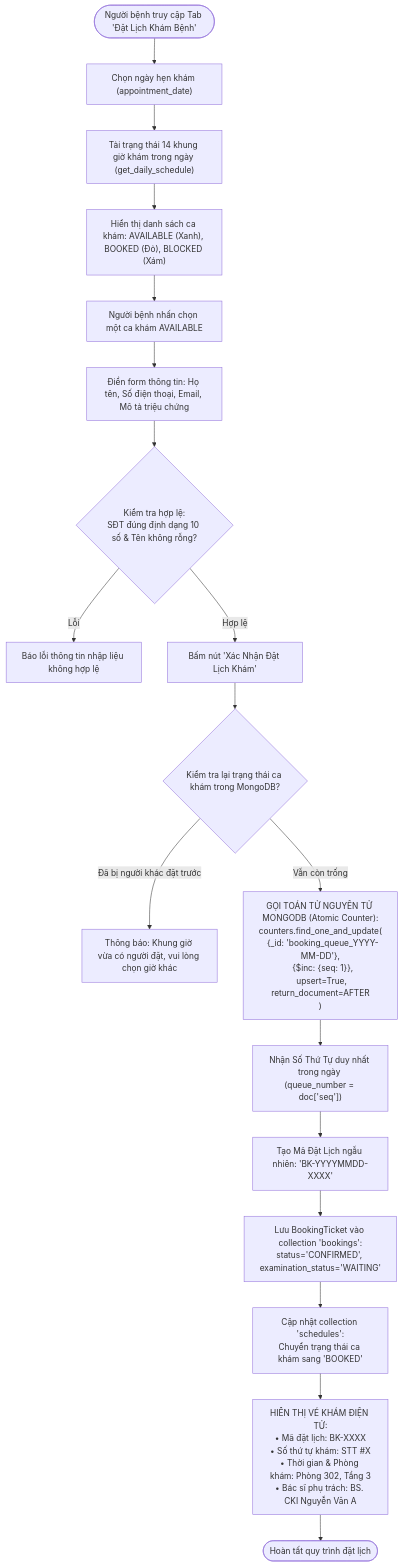
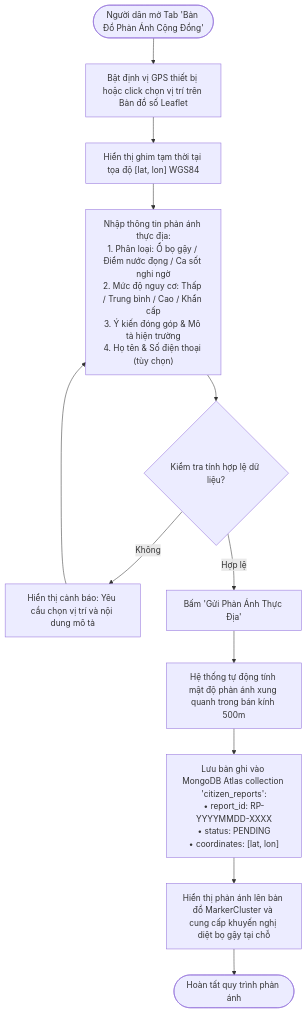
Before and after one commit to VanderSpeare/dengue-prediction: the tenth of 26 diagrams in README.md, drawn with Mermaid. The commit also changed other lines of this file and 25 other files, not shown here.

````diff
--- a/README.md
+++ b/README.md
@@ -905,29 +610,14 @@
 ```mermaid
 flowchart TD
-    StartBook(["Người bệnh truy cập Tab 'Đặt Lịch Khám Bệnh'"]) --> SelectDate["Chọn ngày hẹn khám (appointment_date)"]
-    
-    SelectDate --> FetchSlots["Tải trạng thái 14 khung giờ khám trong ngày (get_daily_schedule)"]
-    FetchSlots --> RenderSlots["Hiển thị danh sách ca khám: AVAILABLE (Xanh), BOOKED (Đỏ), BLOCKED (Xám)"]
-    
-    RenderSlots --> PickSlot["Người bệnh nhấn chọn một ca khám AVAILABLE"]
-    PickSlot --> FillForm["Điền form thông tin: Họ tên, Số điện thoại, Email, Mô tả triệu chứng"]
-    
-    FillForm --> ValidateForm{"Kiểm tra hợp lệ:<br/>SĐT đúng định dạng 10 số & Tên không rỗng?"}
-    ValidateForm -- "Lỗi" --> ShowErr["Báo lỗi thông tin nhập liệu không hợp lệ"]
-    ValidateForm -- "Hợp lệ" --> ClickConfirm["Bấm nút 'Xác Nhận Đặt Lịch Khám'"]
-    
-    ClickConfirm --> CheckSlotAgain{"Kiểm tra lại trạng thái ca khám trong MongoDB?"}
-    CheckSlotAgain -- "Đã bị người khác đặt trước" --> SlotBusyErr["Thông báo: Khung giờ vừa có người đặt, vui lòng chọn giờ khác"]
-    
-    CheckSlotAgain -- "Vẫn còn trống" --> AtomicSTT["GỌI TOÁN TỬ NGUYÊN TỬ MONGODB (Atomic Counter):<br/>counters.find_one_and_update(<br/>  {_id: 'booking_queue_YYYY-MM-DD'},<br/>  {$inc: {seq: 1}},<br/>  upsert=True, return_document=AFTER<br/>)"]
-    
-    AtomicSTT --> GetSeq["Nhận Số Thứ Tự duy nhất trong ngày (queue_number = doc['seq'])"]
-    GetSeq --> GenCode["Tạo Mã Đặt Lịch ngẫu nhiên: 'BK-YYYYMMDD-XXXX'"]
-    
-    GenCode --> SaveDoc["Lưu BookingTicket vào collection 'bookings':<br/>status='CONFIRMED', examination_status='WAITING'"]
-    SaveDoc --> LockSlot["Cập nhật collection 'schedules':<br/>Chuyển trạng thái ca khám sang 'BOOKED'"]
-    
-    LockSlot --> ShowTicket["HIỂN THỊ VÉ KHÁM ĐIỆN TỬ:<br/>• Mã đặt lịch: BK-XXXX<br/>• Số thứ tự khám: STT #X<br/>• Thời gian & Phòng khám: Phòng 302, Tầng 3<br/>• Bác sĩ phụ trách: BS. CKI Nguyễn Văn A"]
-    
-    ShowTicket --> EndBook(["Hoàn tất quy trình đặt lịch"])
+    StartCitizen(["Người dân mở Tab 'Bản Đồ Phản Ánh Cộng Đồng'"]) --> PickLocation["Bật định vị GPS thiết bị hoặc click chọn vị trí trên Bản đồ số Leaflet"]
+    PickLocation --> ShowMarker["Hiển thị ghim tạm thời tại tọa độ [lat, lon] WGS84"]
+    ShowMarker --> FillForm["Nhập thông tin phản ánh thực địa:<br/>1. Phân loại: Ổ bọ gậy / Điểm nước đọng / Ca sốt nghi ngờ<br/>2. Mức độ nguy cơ: Thấp / Trung bình / Cao / Khẩn cấp<br/>3. Ý kiến đóng góp & Mô tả hiện trường<br/>4. Họ tên & Số điện thoại (tùy chọn)"]
+    FillForm --> ValidateForm{"Kiểm tra tính hợp lệ dữ liệu?"}
+    ValidateForm -- "Không" --> AlertError["Hiển thị cảnh báo: Yêu cầu chọn vị trí và nội dung mô tả"]
+    AlertError --> FillForm
+    ValidateForm -- "Hợp lệ" --> SubmitReport["Bấm 'Gửi Phản Ánh Thực Địa'"]
+    SubmitReport --> CalcDensity["Hệ thống tự động tính mật độ phản ánh xung quanh trong bán kính 500m"]
+    CalcDensity --> SaveMongo["Lưu bản ghi vào MongoDB Atlas collection 'citizen_reports':<br/>• report_id: RP-YYYYMMDD-XXXX<br/>• status: PENDING<br/>• coordinates: [lat, lon]"]
+    SaveMongo --> RenderFeedback["Hiển thị phản ánh lên bản đồ MarkerCluster và cung cấp khuyến nghị diệt bọ gậy tại chỗ"]
+    RenderFeedback --> EndCitizen(["Hoàn tất quy trình phản ánh"])
 ```
````
